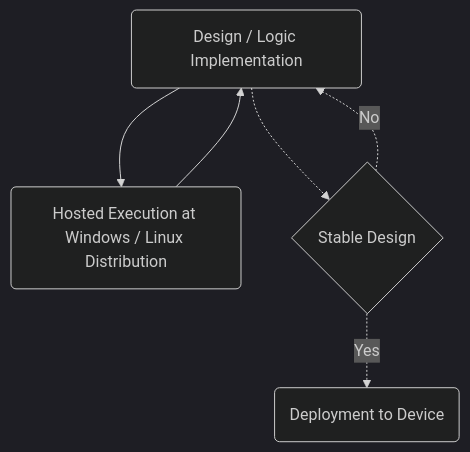
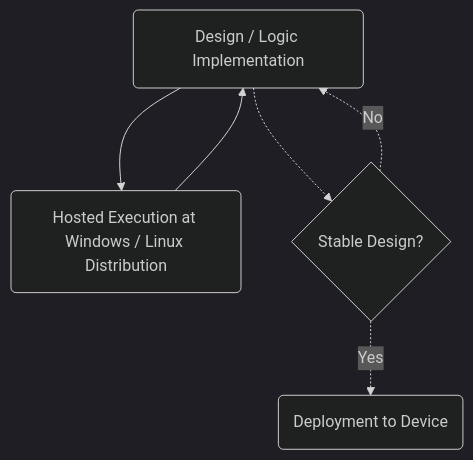
Before and after one commit to move-os/moveOS: the diagram in README.md, drawn with Mermaid (dark theme).

````diff
--- a/README.md
+++ b/README.md
@@ -37,8 +37,8 @@
 ```mermaid
 graph TD;
   A(Design / Logic Implementation) --> B(Hosted Execution at Windows / Linux Distribution)
   B --> A
-  A -.-> C{Stable Design}
+  A -.-> C{Stable Design?}
   C -.-> |Yes|D(Deployment to Device)
   C -.-> |No|A
 ```
````
